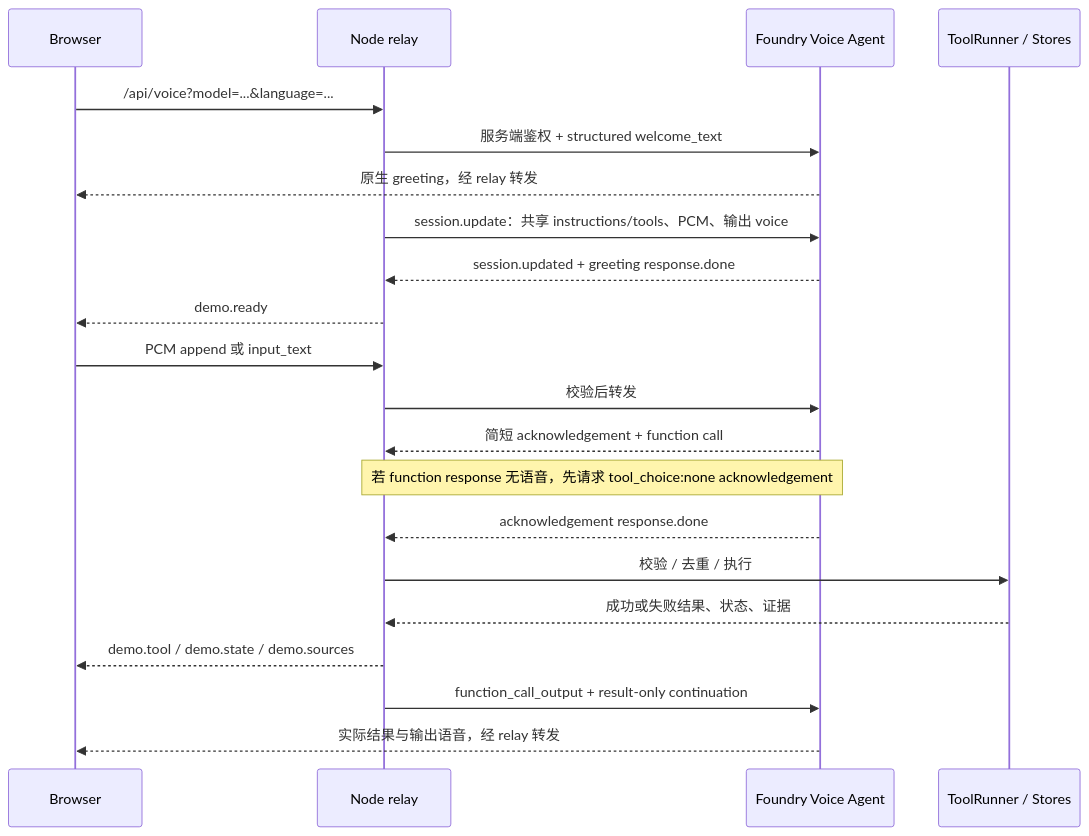
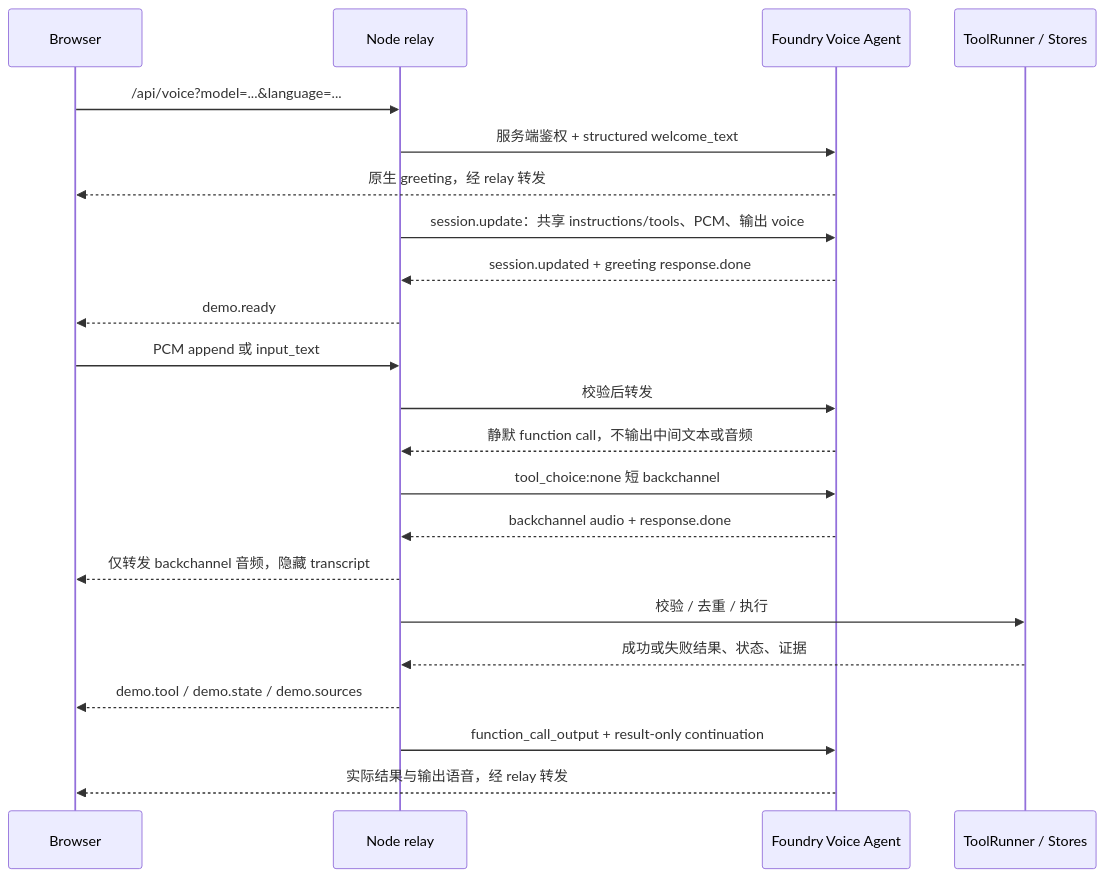
Before and after one commit to ZhaoChaoqun/voice-agent: the second of 4 diagrams in samples/haier-voice-home/ARCHITECTURE.md, drawn with Mermaid. The commit also changed other lines of this file and 9 other files, not shown here.

````diff
--- a/samples/haier-voice-home/ARCHITECTURE.md
+++ b/samples/haier-voice-home/ARCHITECTURE.md
@@ -55,23 +55,24 @@
 ```mermaid
 sequenceDiagram
   participant B as Browser
   participant N as Node relay
   participant A as Foundry Voice Agent
   participant T as ToolRunner / Stores
   B->>N: /api/voice?model=...&language=...
   N->>A: 服务端鉴权 + structured welcome_text
   A-->>B: 原生 greeting，经 relay 转发
   N->>A: session.update：共享 instructions/tools、PCM、输出 voice
   A-->>N: session.updated + greeting response.done
   N-->>B: demo.ready
   B->>N: PCM append 或 input_text
   N->>A: 校验后转发
-  A-->>N: 简短 acknowledgement + function call
-  Note over N,A: 若 function response 无语音，先请求 tool_choice:none acknowledgement
-  A-->>N: acknowledgement response.done
+  A-->>N: 静默 function call，不输出中间文本或音频
+  N->>A: tool_choice:none 短 backchannel
+  A-->>N: backchannel audio + response.done
+  N-->>B: 仅转发 backchannel 音频，隐藏 transcript
   N->>T: 校验 / 去重 / 执行
   T-->>N: 成功或失败结果、状态、证据
   N-->>B: demo.tool / demo.state / demo.sources
   N->>A: function_call_output + result-only continuation
   A-->>B: 实际结果与输出语音，经 relay 转发
 ```
````
